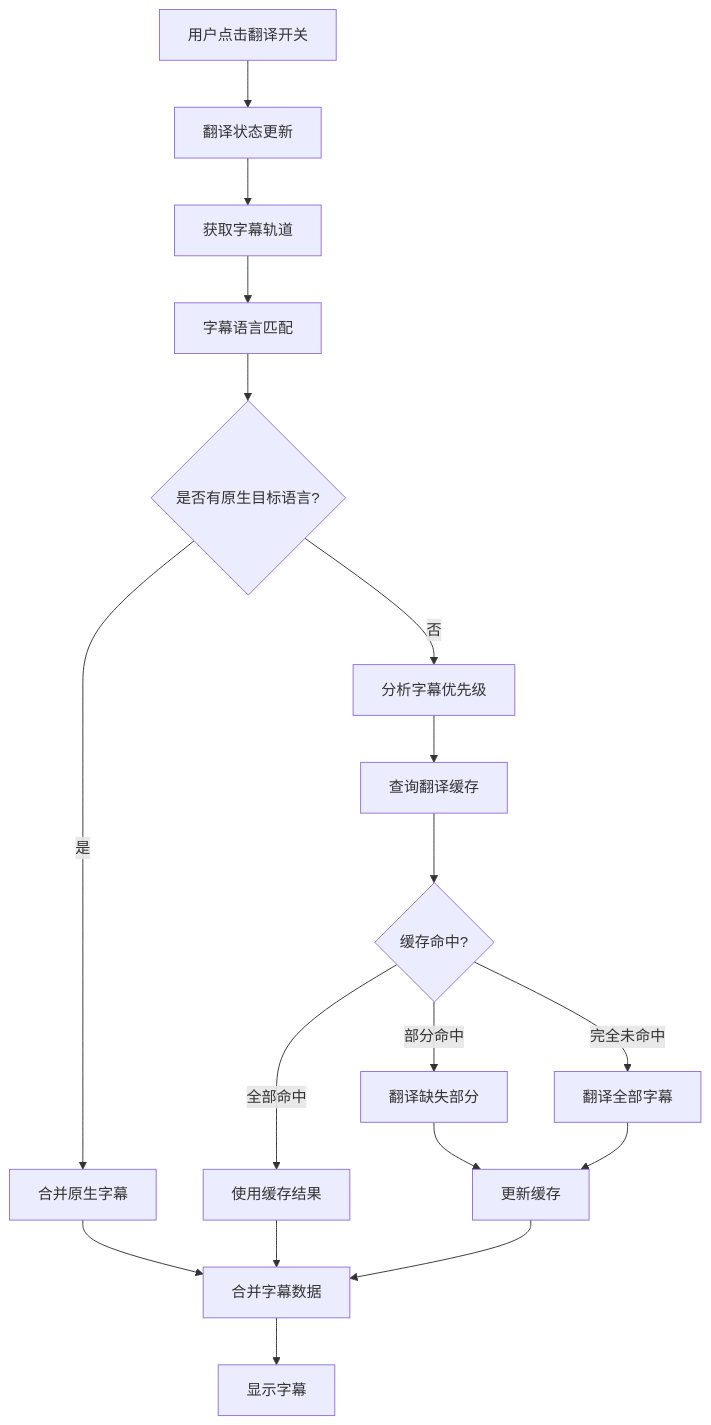
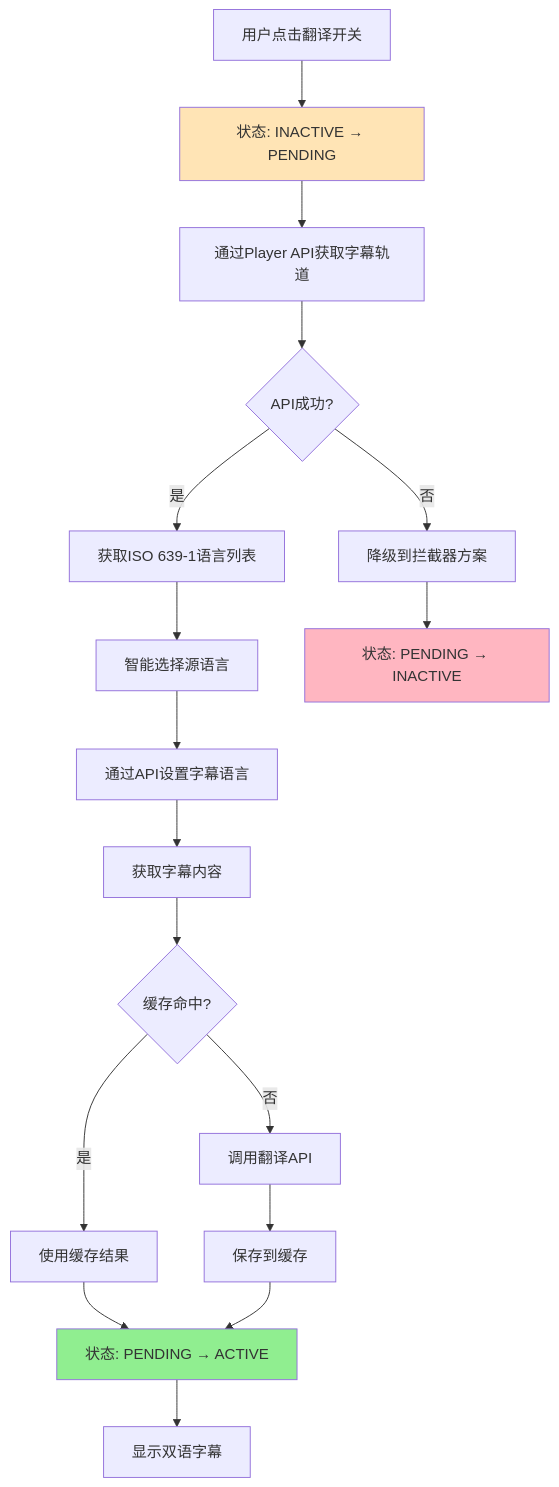
Before and after one commit to igetang/youtube-subtitle-translator: the first of 2 diagrams in docs/guides/translation-flow.md, drawn with Mermaid. The commit also changed other lines of this file and 201 other files, not shown here.

````diff
--- a/docs/guides/translation-flow.md
+++ b/docs/guides/translation-flow.md
@@ -15,20 +15,23 @@
 ```mermaid
 flowchart TD
-    A[用户点击翻译开关] --> B[翻译状态更新]
-    B --> C[获取字幕轨道]
-    C --> D[字幕语言匹配]
-    D --> E{是否有原生目标语言?}
-    E -- 是 --> F[合并原生字幕]
-    E -- 否 --> G[分析字幕优先级]
-    G --> H[查询翻译缓存]
-    H --> I{缓存命中?}
-    I -- 全部命中 --> J[使用缓存结果]
-    I -- 部分命中 --> K[翻译缺失部分]
-    I -- 完全未命中 --> L[翻译全部字幕]
-    K --> M[更新缓存]
-    L --> M
-    J --> N[合并字幕数据]
-    F --> N
+    A[用户点击翻译开关] --> B[状态: INACTIVE → PENDING]
+    B --> C[通过Player API获取字幕轨道]
+    C --> D{API成功?}
+    D -- 否 --> E[降级到拦截器方案]
+    D -- 是 --> F[获取ISO 639-1语言列表]
+    F --> G[智能选择源语言]
+    G --> H[通过API设置字幕语言]
+    H --> I[获取字幕内容]
+    I --> J{缓存命中?}
+    J -- 是 --> K[使用缓存结果]
+    J -- 否 --> L[调用翻译API]
+    L --> M[保存到缓存]
+    K --> N[状态: PENDING → ACTIVE]
     M --> N
-    N --> O[显示字幕]
+    N --> O[显示双语字幕]
+    E --> P[状态: PENDING → INACTIVE]
+    
+    style B fill:#FFE4B5
+    style N fill:#90EE90
+    style P fill:#FFB6C1
 ```
````
